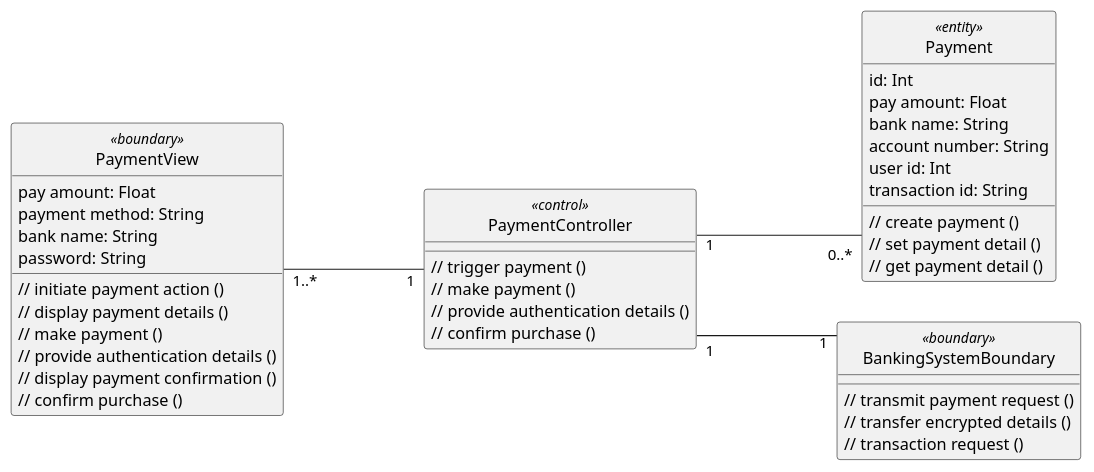
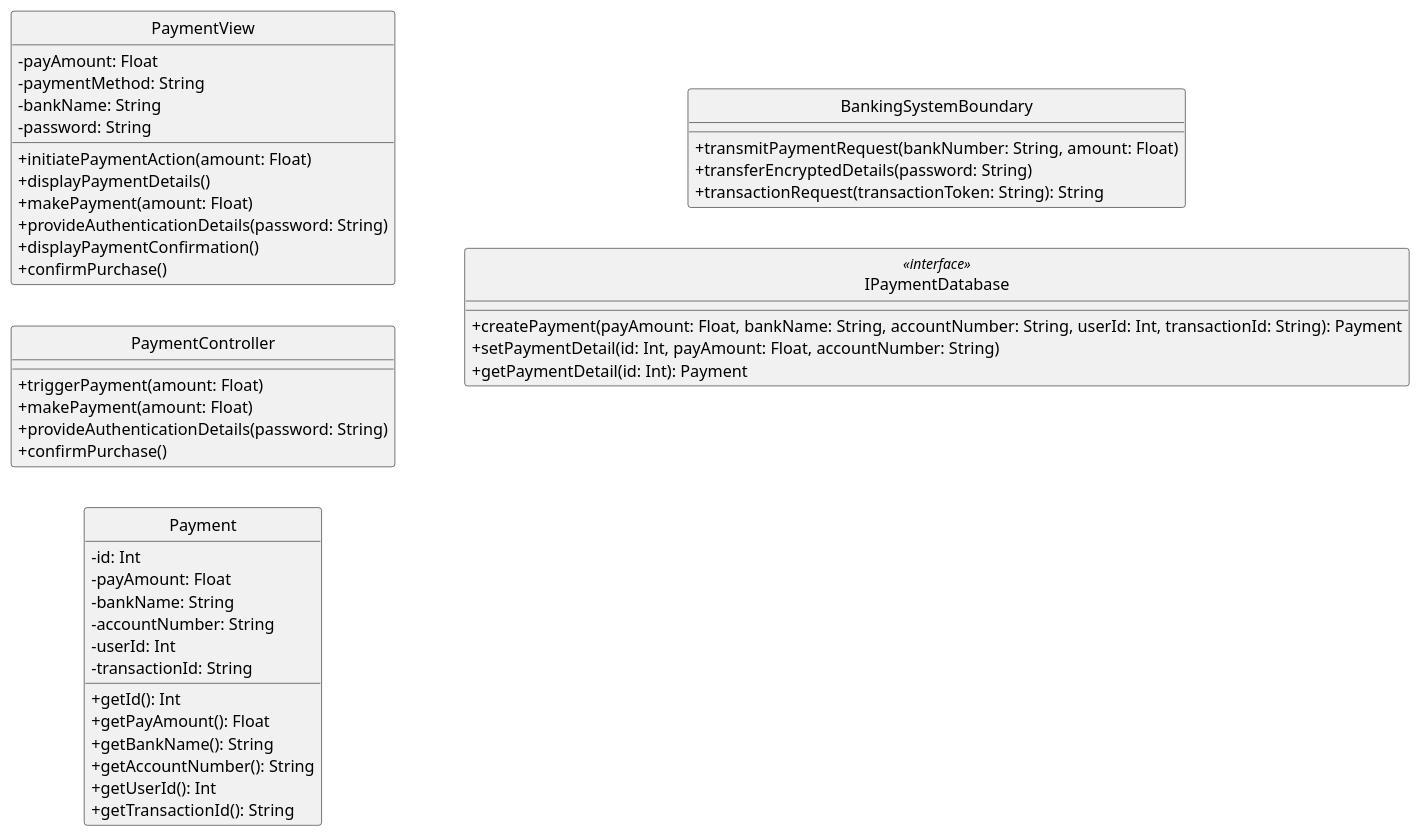
Before and after one commit to anhbanlinhle/velocity-exchange: the diagram in uml/design/class/linh/make_payment.puml, drawn with PlantUML.

Commit message:
doc[lynn]: design vopc no. 8

```diff
--- a/uml/design/class/linh/make_payment.puml
+++ b/uml/design/class/linh/make_payment.puml
@@ -1,55 +1,59 @@
 @startuml 
 skinparam classAttributeIconSize 0
 skinparam linetype ortho
 left to right direction
 hide circle
-class PaymentView <<boundary>> {
-    pay amount: Float
-    payment method: String
-    bank name: String
-    password: String
+class PaymentView {
+    - payAmount: Float
+    - paymentMethod: String
+    - bankName: String
+    - password: String
 
-    // initiate payment action ()
-    // display payment details ()
-    // make payment ()
-    // provide authentication details ()
-    // display payment confirmation ()
-    // confirm purchase ()
+    + initiatePaymentAction(amount: Float)
+    + displayPaymentDetails()
+    + makePayment(amount: Float)
+    + provideAuthenticationDetails(password: String)
+    + displayPaymentConfirmation()
+    + confirmPurchase()
 
     }
 
-class PaymentController <<control>> {
-    // trigger payment ()
-    // make payment ()
-    // provide authentication details ()
-    // confirm purchase ()
+class PaymentController {
+    + triggerPayment(amount: Float)
+    + makePayment(amount: Float)
+    + provideAuthenticationDetails(password: String)
+    + confirmPurchase()
 
     }
 
-class Payment <<entity>> {
-    id: Int
-    pay amount: Float
-    bank name: String
-    account number: String
-    user id: Int
-    transaction id: String
-    // create payment ()
-    // set payment detail ()
-    // get payment detail ()
+class Payment {
+    - id: Int
+    - payAmount: Float
+    - bankName: String
+    - accountNumber: String
+    - userId: Int
+    - transactionId: String
+
+    + getId(): Int
+    + getPayAmount(): Float
+    + getBankName(): String
+    + getAccountNumber(): String
+    + getUserId(): Int
+    + getTransactionId(): String
 
     }
 
-class BankingSystemBoundary <<boundary>> {
-    // transmit payment request ()
-    // transfer encrypted details ()
-    // transaction request ()
+class BankingSystemBoundary {
+    + transmitPaymentRequest(bankNumber: String, amount: Float)
+    + transferEncryptedDetails(password: String)
+    + transactionRequest(transactionToken: String): String
 
     }
 
-PaymentView "1..*" --- "1" PaymentController
-
-PaymentController "1" --- "0..*" Payment
-
-PaymentController "1" --- "1" BankingSystemBoundary
+class IPaymentDatabase <<interface>> {
+    + createPayment(payAmount: Float, bankName: String, accountNumber: String, userId: Int, transactionId: String): Payment
+    + setPaymentDetail(id: Int, payAmount: Float, accountNumber: String)
+    + getPaymentDetail(id: Int): Payment
+    }
 
 @enduml
```
